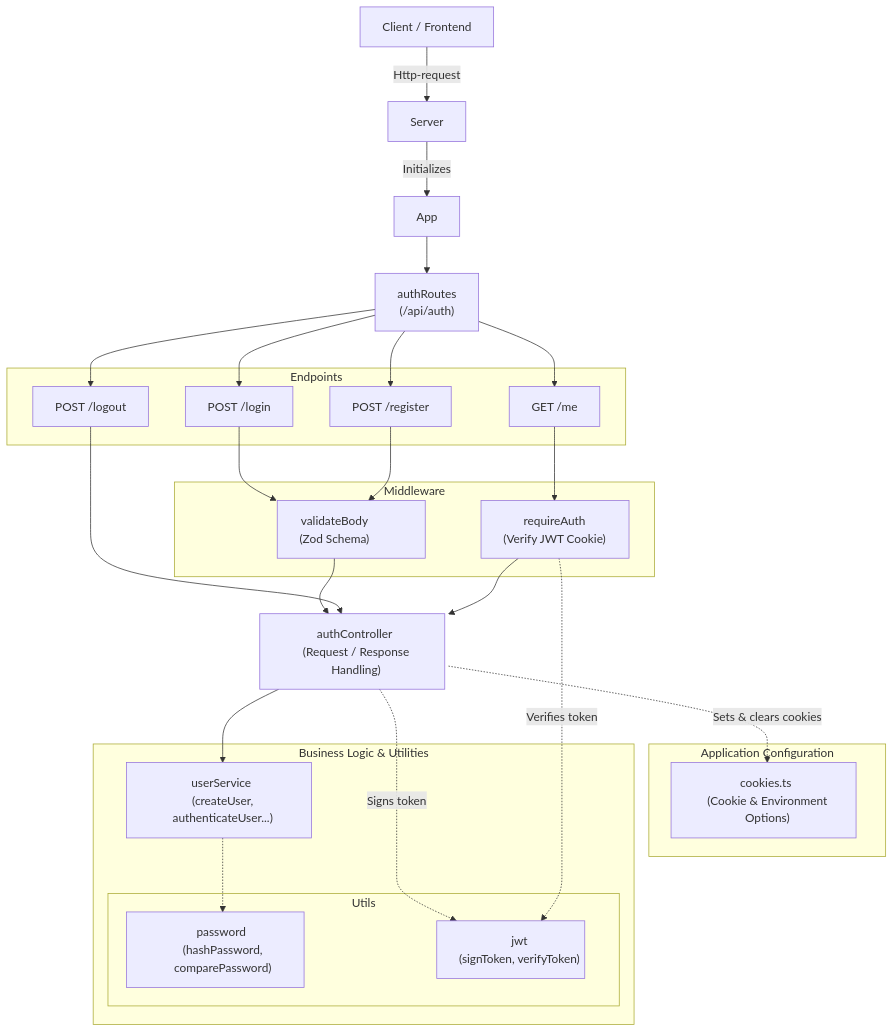
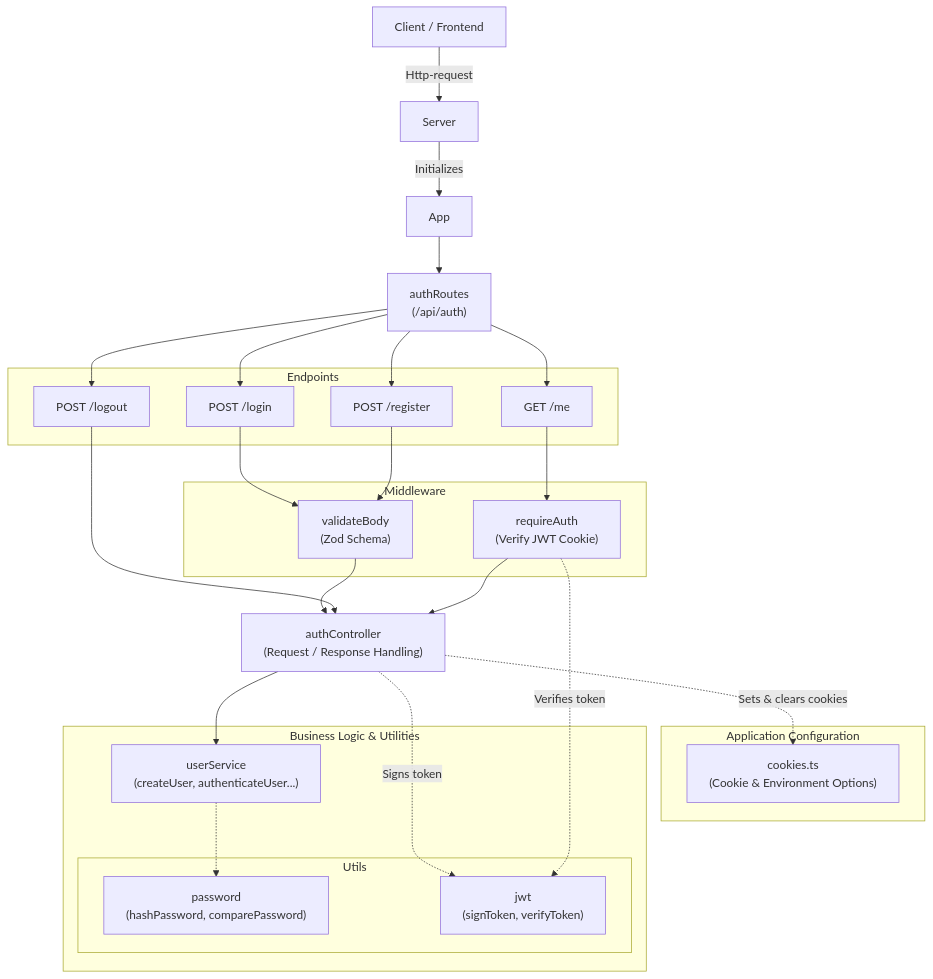
Before and after one commit to jannikwk/login-token-authentication: the diagram in README.md, drawn with Mermaid.

Commit message:
docs: update component diagram for improved readability

````diff
--- a/README.md
+++ b/README.md
@@ -15,68 +15,61 @@
 ```mermaid
+%%{init: {'flowchart': {'wrappingWidth': 600}}}%%
 graph TD
     Client["Client / Frontend"]
     Server
     App
 
     Client -->|Http-request| Server
     Server -->|Initializes| App
 
     Routes["authRoutes <br> (/api/auth)"]
 
     App --> Routes
 
     subgraph Endpoints
         Login["POST /login"]
         Register["POST /register"]
         Logout["POST /logout"]
         Me["GET /me"]
     end
 
     Routes --> Login
     Routes --> Register
     Routes --> Logout
     Routes --> Me
 
     subgraph Middleware
         ValidateBody["validateBody <br> (Zod Schema)"]
         RequireAuth["requireAuth <br> (Verify JWT Cookie)"]
     end
 
     Login --> ValidateBody
     Register --> ValidateBody
     Me --> RequireAuth
 
     AuthController["authController <br> (Request / Response Handling)"]
 
     ValidateBody --> AuthController
     Logout --> AuthController
     RequireAuth --> AuthController
 
     subgraph Configurations ["Application Configuration"]
         Cookies["cookies.ts <br> (Cookie & Environment Options)"]
     end
 
     AuthController -.->|Sets & clears cookies| Cookies
 
     subgraph Business_Logic["Business Logic & Utilities"]
         UserService["userService <br> (createUser, authenticateUser...)"]
 
         subgraph Utils
             Password["password <br> (hashPassword, comparePassword)"]
             JWT["jwt <br> (signToken, verifyToken)"]
         end
     end
 
     AuthController --> UserService
     UserService -.-> Password
     AuthController -.->|Signs token| JWT
     RequireAuth -.->|Verifies token| JWT
-
-    style Cookies width:250px
-    style AuthController width:250px
-    style ValidateBody width:200px
-    style RequireAuth width:200px
-    style UserService width:250px
-    style Password width:240px
-    style JWT width:200px
 ```
````
